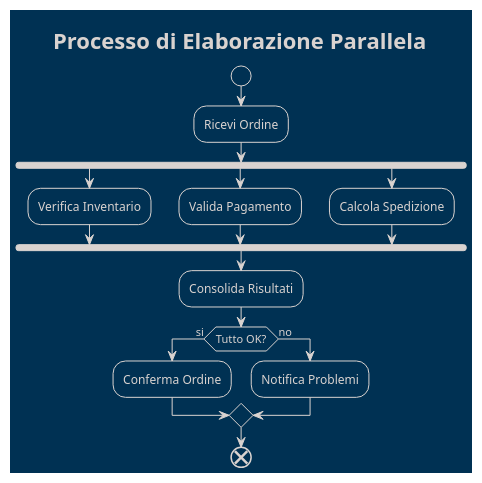
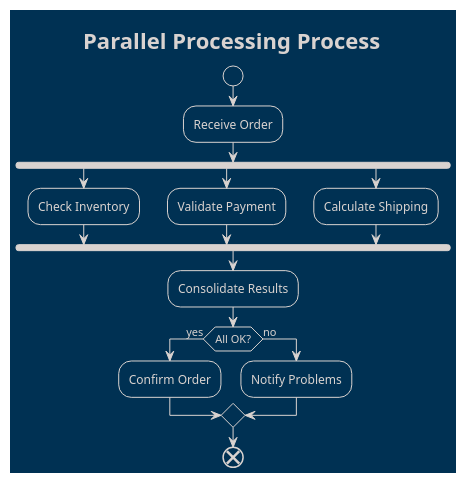
Before and after one commit to Seniorsimo/sas-template: diagram 11 of 25 in 03-behavioral-diagrams/activity-diagrams/README.md, drawn with PlantUML. The commit also changed other lines of this file and 49 other files, not shown here.

````diff
--- a/03-behavioral-diagrams/activity-diagrams/README.md
+++ b/03-behavioral-diagrams/activity-diagrams/README.md
@@ -130,25 +130,25 @@
 ```plantuml
 @startuml
 !theme blueprint
-title Processo di Elaborazione Parallela
+title Parallel Processing Process
 
 start
-:Ricevi Ordine;
+:Receive Order;
 
 fork
-  :Verifica Inventario;
+  :Check Inventory;
 fork again
-  :Valida Pagamento;
+  :Validate Payment;
 fork again
-  :Calcola Spedizione;
+  :Calculate Shipping;
 end fork
 
-:Consolida Risultati;
-if (Tutto OK?) then (si)
-  :Conferma Ordine;
+:Consolidate Results;
+if (All OK?) then (yes)
+  :Confirm Order;
 else (no)
-  :Notifica Problemi;
+  :Notify Problems;
 endif
 end
 @enduml
 ```
````
